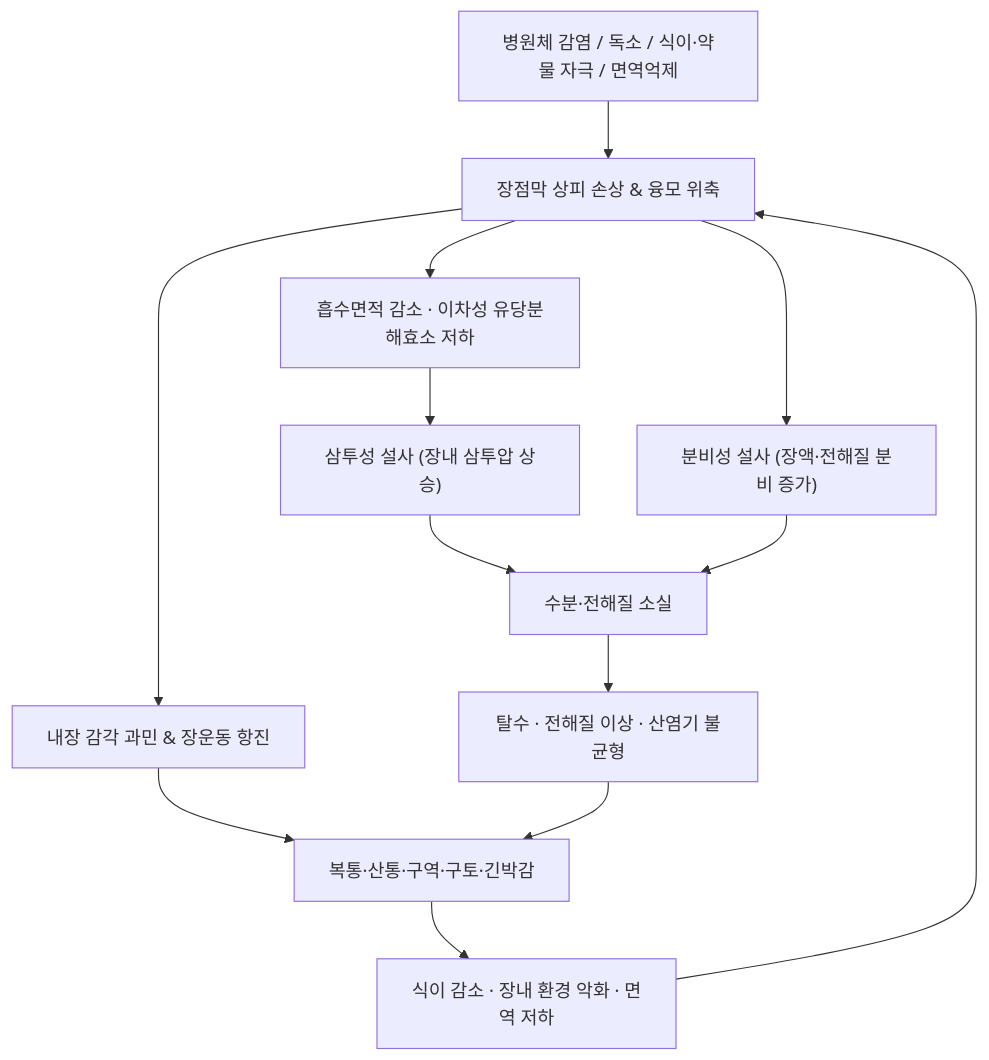
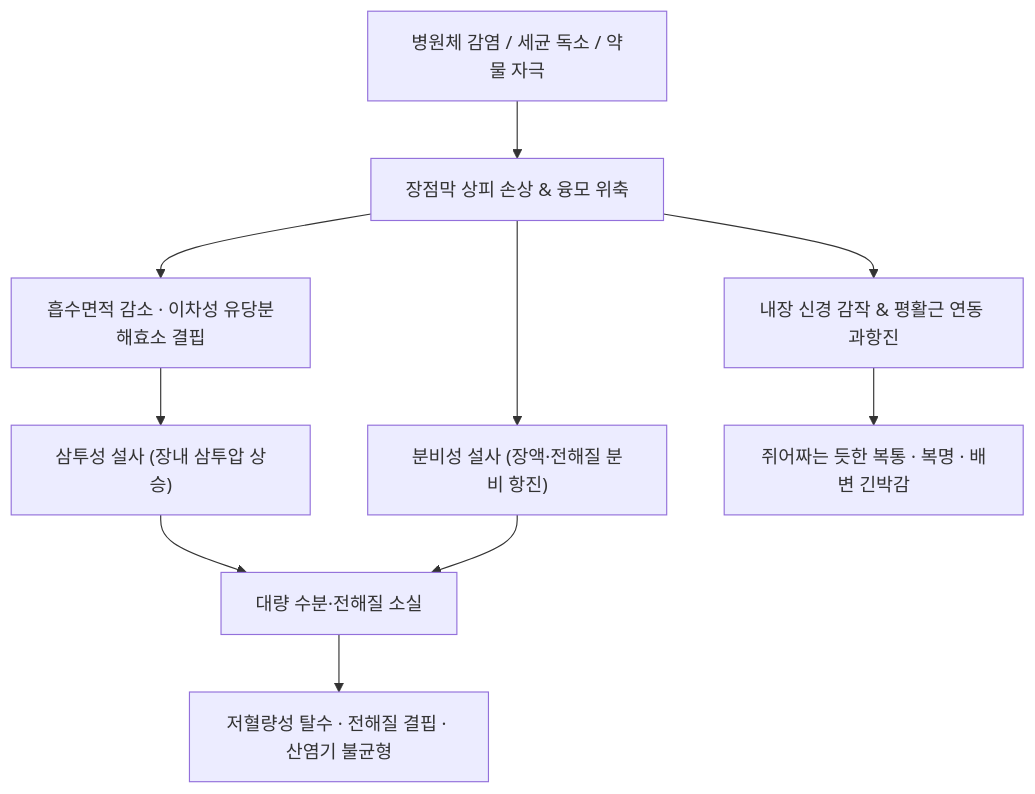
Before and after one commit to simbio11/simbio-digital-garden2: the first of 2 diagrams in content/3. 이론 공부/질환/소화기 질환/03_소장·대장·복막/장염.md, drawn with Mermaid. The commit also changed other lines of this file and 875 other files, not shown here.

````diff
--- a/content/3. 이론 공부/질환/소화기 질환/03_소장·대장·복막/장염.md
+++ b/content/3. 이론 공부/질환/소화기 질환/03_소장·대장·복막/장염.md
@@ -58,15 +64,11 @@
 ```mermaid
 graph TD
-    Cause["병원체 감염 / 독소 / 식이·약물 자극 / 면역억제"] --> Mucosa["장점막 상피 손상 & 융모 위축"]
-    Mucosa --> Malabsorb["흡수면적 감소 · 이차성 유당분해효소 저하"]
+    Cause["병원체 감염 / 세균 독소 / 약물 자극"] --> Mucosa["장점막 상피 손상 & 융모 위축"]
+    Mucosa --> Malabsorb["흡수면적 감소 · 이차성 유당분해효소 결핍"]
     Malabsorb --> Osmotic["삼투성 설사 (장내 삼투압 상승)"]
-    Mucosa --> Secretion["분비성 설사 (장액·전해질 분비 증가)"]
-    Osmotic --> Loss["수분·전해질 소실"]
-    Secretion --> Loss
-    Loss --> Dehyd["탈수 · 전해질 이상 · 산염기 불균형"]
-    Mucosa --> Sensit["내장 감각 과민 & 장운동 항진"]
-    Sensit --> Pain["복통·산통·구역·구토·긴박감"]
-    Dehyd --> Pain
-    Pain --> Intake["식이 감소 · 장내 환경 악화 · 면역 저하"]
-    Intake --> Mucosa
+    Mucosa --> Secretion["분비성 설사 (장액·전해질 분비 항진)"]
+    Osmotic & Secretion --> Loss["대량 수분·전해질 소실"]
+    Loss --> Dehyd["저혈량성 탈수 · 전해질 결핍 · 산염기 불균형"]
+    Mucosa --> Sensit["내장 신경 감작 & 평활근 연동 과항진"]
+    Sensit --> Pain["쥐어짜는 듯한 복통 · 복명 · 배변 긴박감"]
 ```
````
